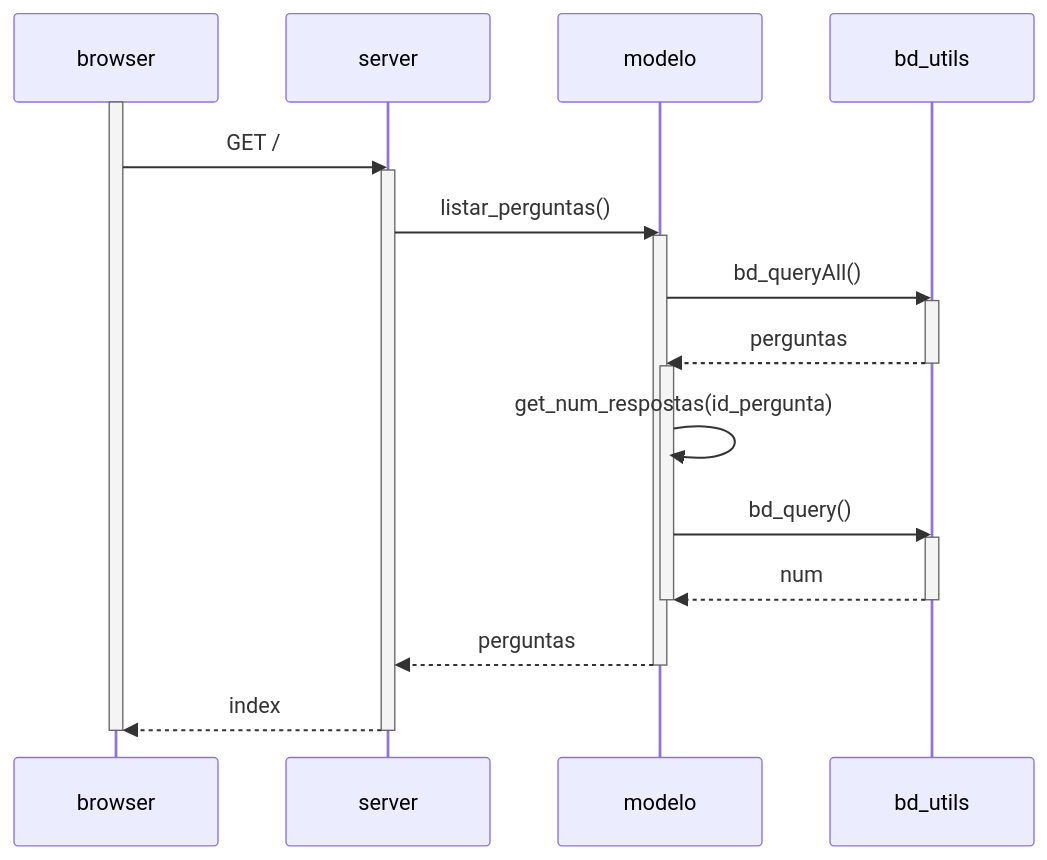
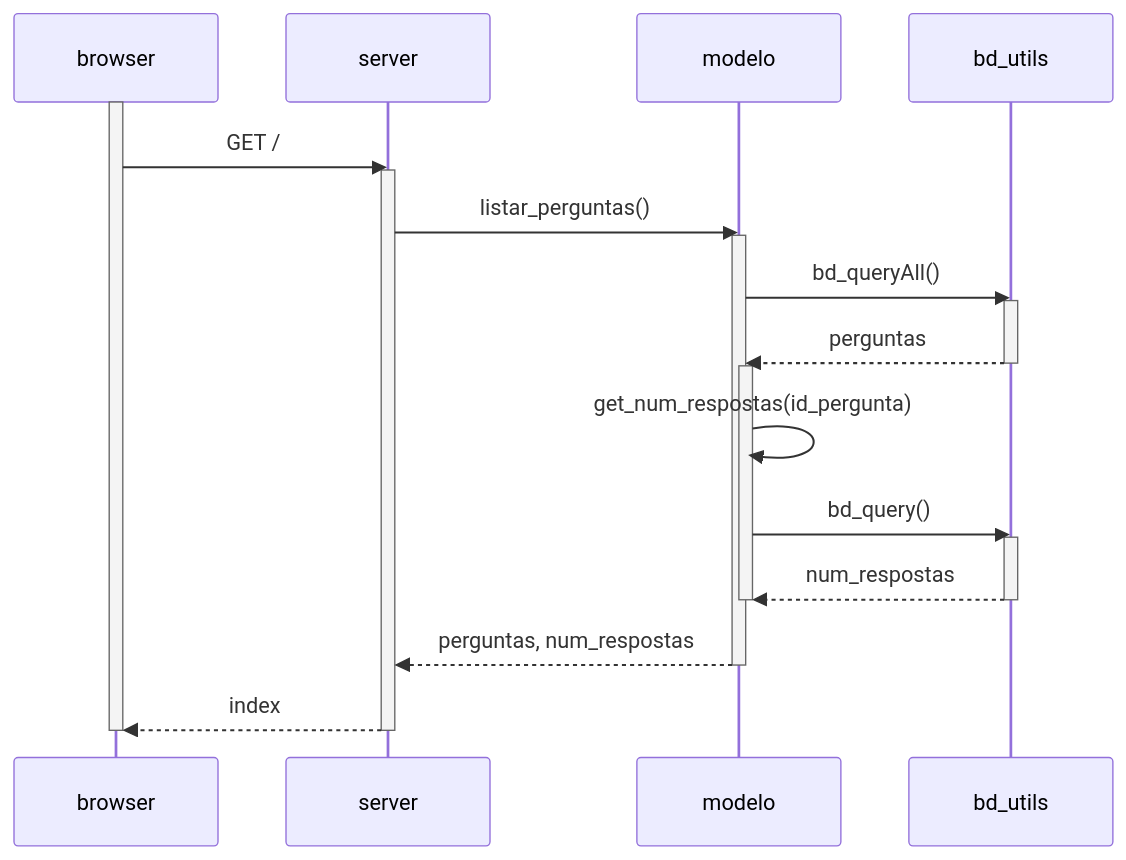
The first of 3 diagrams in docs/uml.md (mtov/esmforum), drawn with Mermaid before and after one commit.

````diff
--- a/docs/uml.md
+++ b/docs/uml.md
@@ -5,24 +5,24 @@
 ```mermaid
     sequenceDiagram
         activate browser
 	browser->>server: GET / 
         activate server
         server->>modelo: listar_perguntas()
         activate modelo
         modelo->>bd_utils: bd_queryAll()
         activate bd_utils
         bd_utils-->>modelo: perguntas
         deactivate bd_utils
 	activate modelo
 	modelo->>modelo: get_num_respostas(id_pergunta)
 	modelo->>bd_utils: bd_query()
         activate bd_utils
-        bd_utils-->>modelo: num
+        bd_utils-->>modelo: num_respostas
         deactivate bd_utils
 	deactivate modelo
-        modelo-->>server: perguntas
+        modelo-->>server: perguntas, num_respostas
         deactivate modelo
 	server-->>browser: index
 	deactivate server
 	deactivate browser
 ```	
````
